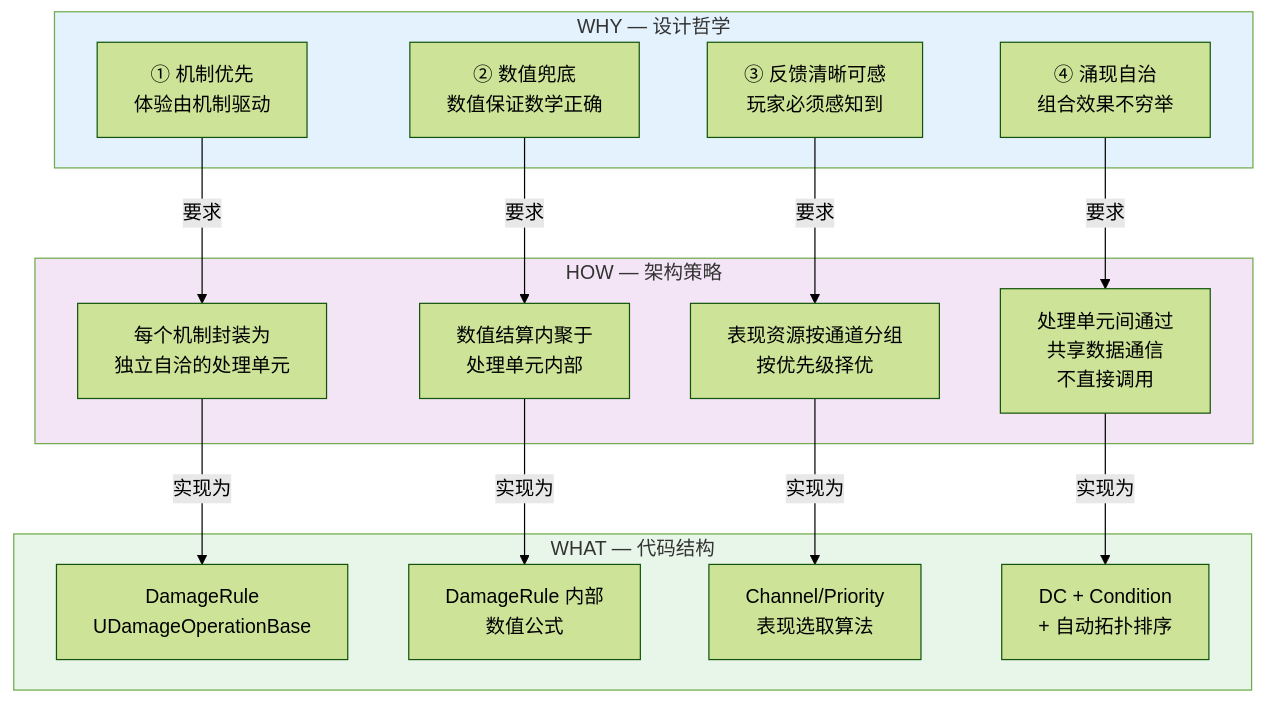
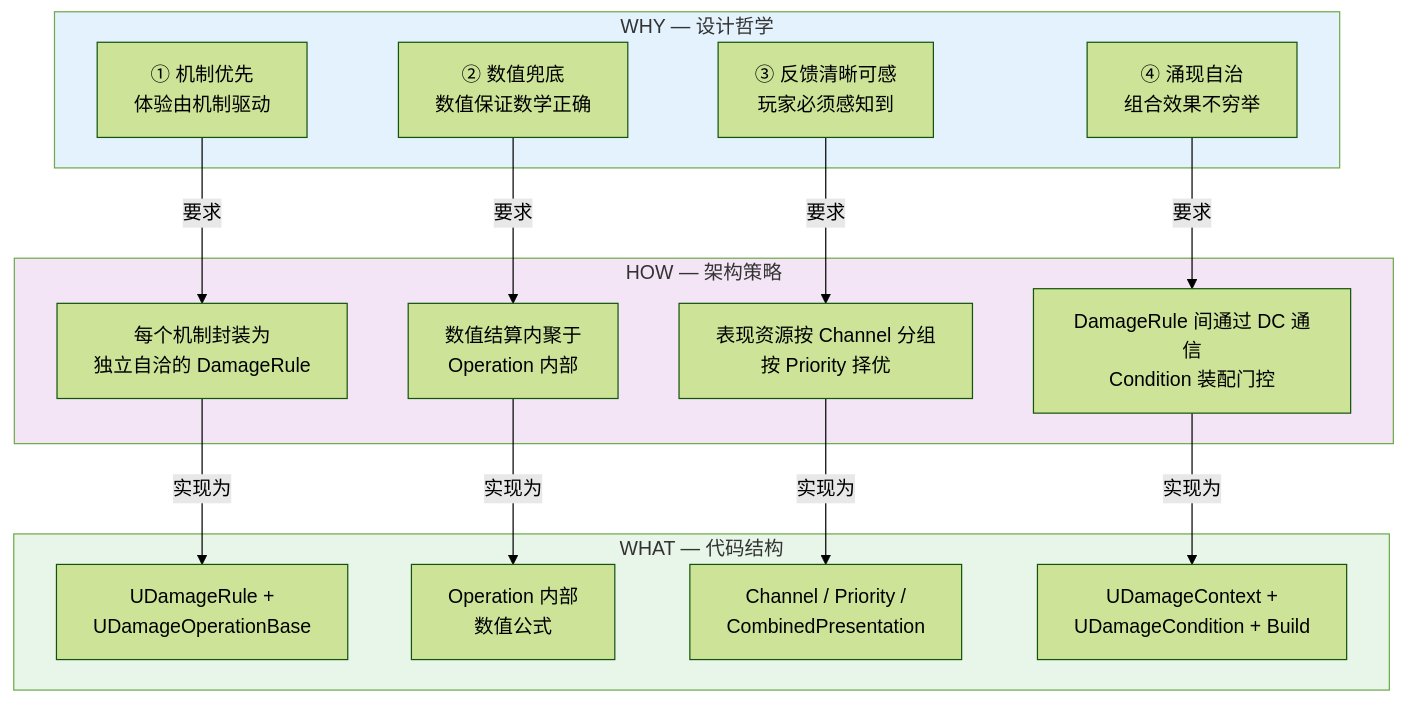
The second of 3 diagrams in doc/damagePipeline/架构设计.md (ZiJinZiMing/SagaStats), drawn with Mermaid (forest theme) before and after one commit. The commit also changed other lines of this file and 101 other files, not shown here.

Commit message:
添加DamageCondition_Effect和DamageCondition_Context 更新DamageGraph为更紧凑布局

````diff
--- a/doc/damagePipeline/架构设计.md
+++ b/doc/damagePipeline/架构设计.md
@@ -39,37 +819,37 @@
 ```mermaid
 graph TB
     subgraph WHY["WHY — 设计哲学"]
         W1["① 机制优先<br/>体验由机制驱动"]
         W2["② 数值兜底<br/>数值保证数学正确"]
         W3["③ 反馈清晰可感<br/>玩家必须感知到"]
         W4["④ 涌现自治<br/>组合效果不穷举"]
     end
 
     subgraph HOW["HOW — 架构策略"]
-        H1["每个机制封装为<br/>独立自洽的处理单元"]
-        H2["数值结算内聚于<br/>处理单元内部"]
-        H3["表现资源按通道分组<br/>按优先级择优"]
-        H4["处理单元间通过<br/>共享数据通信<br/>不直接调用"]
+        H1["每个机制封装为<br/>独立自洽的 DamageRule"]
+        H2["数值结算内聚于<br/>Operation 内部"]
+        H3["表现资源按 Channel 分组<br/>按 Priority 择优"]
+        H4["DamageRule 间通过 DC 通信<br/>Condition 装配门控"]
     end
 
     subgraph WHAT["WHAT — 代码结构"]
-        C1["DamageRule<br/>UDamageOperationBase"]
-        C2["DamageRule 内部<br/>数值公式"]
-        C3["Channel/Priority<br/>表现选取算法"]
-        C4["DC + Condition<br/>+ 自动拓扑排序"]
+        C1["UDamageRule +<br/>UDamageOperationBase"]
+        C2["Operation 内部<br/>数值公式"]
+        C3["Channel / Priority /<br/>CombinedPresentation"]
+        C4["UDamageContext +<br/>UDamageCondition + Build"]
     end
 
     W1 -->|"要求"| H1
     W2 -->|"要求"| H2
     W3 -->|"要求"| H3
     W4 -->|"要求"| H4
 
     H1 -->|"实现为"| C1
     H2 -->|"实现为"| C2
     H3 -->|"实现为"| C3
     H4 -->|"实现为"| C4
 
     style WHY fill:#e3f2fd
     style HOW fill:#f3e5f5
     style WHAT fill:#e8f5e9
 ```
````
